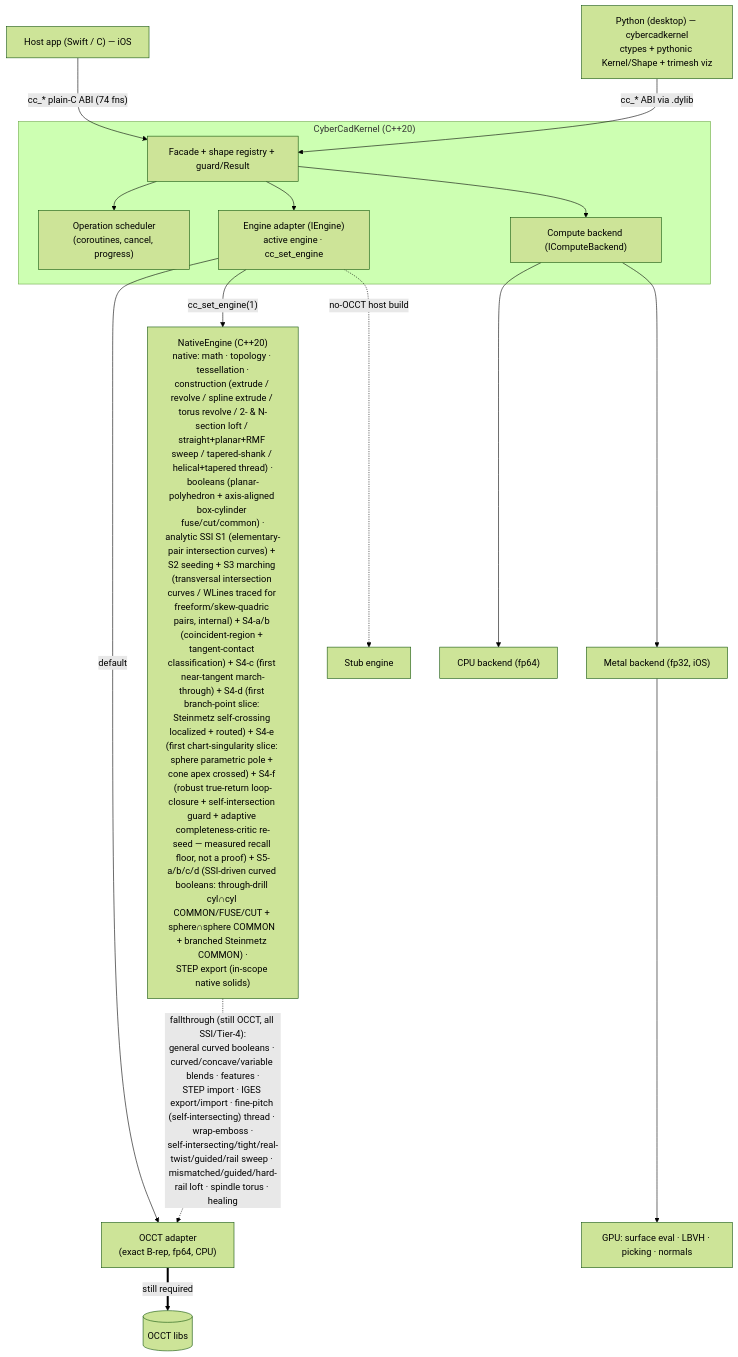
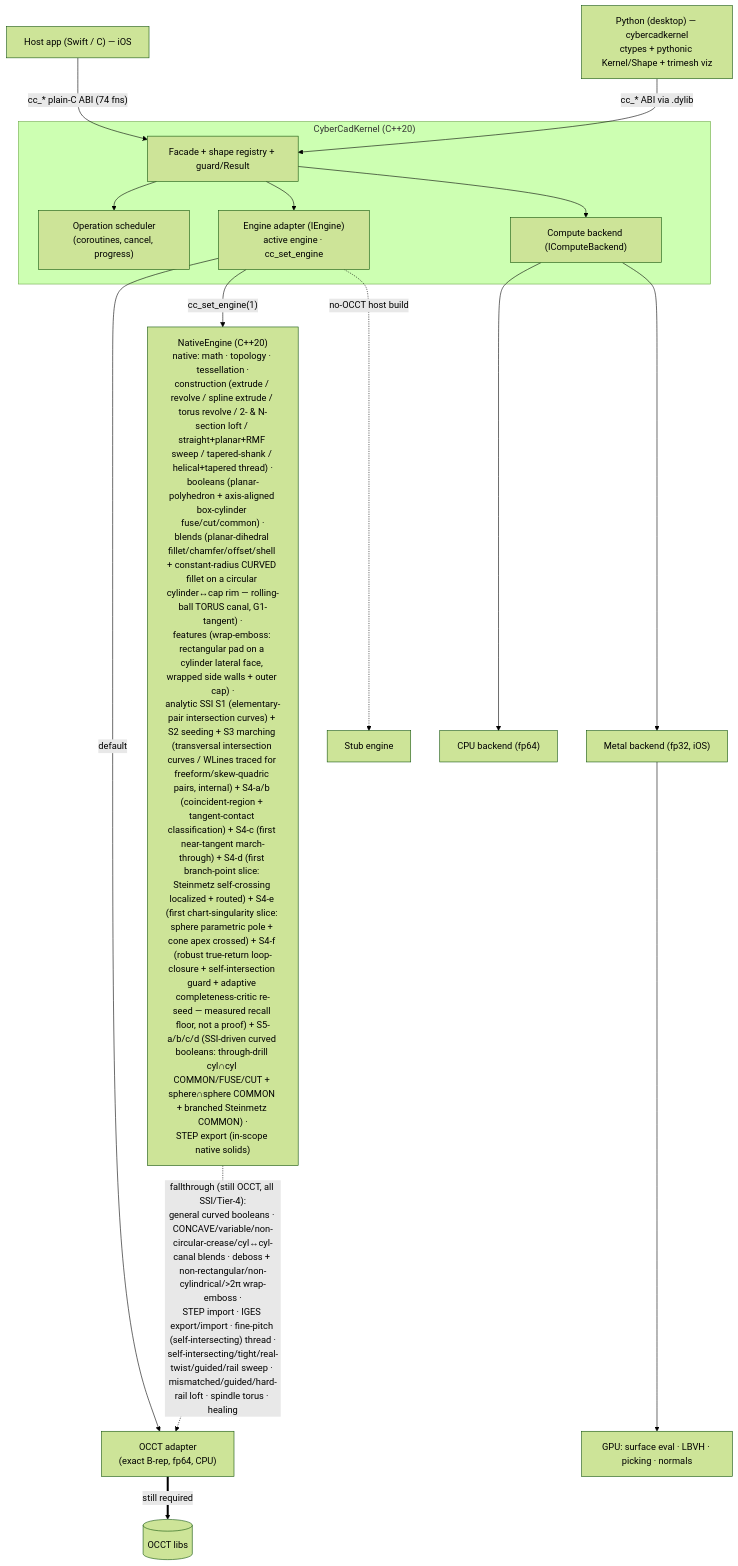
One commit to CyberdyneCorp/CyberCadKernel changed the diagram in README.md. Above: the diagram before and after it, drawn with Mermaid (forest theme). The commit also changed other lines of this file and 31 other files, not shown here.

````diff
--- a/README.md
+++ b/README.md
@@ -33,27 +33,27 @@
 ```mermaid
 flowchart TD
     App["Host app (Swift / C) — iOS"] -->|"cc_* plain-C ABI (74 fns)"| Facade
     Py["Python (desktop) — cybercadkernel<br/>ctypes + pythonic Kernel/Shape + trimesh viz"] -->|"cc_* ABI via .dylib"| Facade
 
     subgraph Kernel["CyberCadKernel (C++20)"]
         Facade["Facade + shape registry + guard/Result"]
         Sched["Operation scheduler<br/>(coroutines, cancel, progress)"]
         Engine["Engine adapter (IEngine)<br/>active engine · cc_set_engine"]
         Compute["Compute backend (IComputeBackend)"]
 
         Facade --> Sched
         Facade --> Engine
         Facade --> Compute
     end
 
     Engine -->|"default"| OCCT["OCCT adapter<br/>(exact B-rep, fp64, CPU)"]
-    Engine -->|"cc_set_engine(1)"| Native["NativeEngine (C++20)<br/>native: math · topology · tessellation ·<br/>construction (extrude / revolve / spline extrude / torus revolve / 2- &amp; N-section loft / straight+planar+RMF sweep / tapered-shank / helical+tapered thread) ·<br/>booleans (planar-polyhedron + axis-aligned box-cylinder fuse/cut/common) ·<br/>analytic SSI S1 (elementary-pair intersection curves) + S2 seeding + S3 marching (transversal intersection curves / WLines traced for freeform/skew-quadric pairs, internal) + S4-a/b (coincident-region + tangent-contact classification) + S4-c (first near-tangent march-through) + S4-d (first branch-point slice: Steinmetz self-crossing localized + routed) + S4-e (first chart-singularity slice: sphere parametric pole + cone apex crossed) + S4-f (robust true-return loop-closure + self-intersection guard + adaptive completeness-critic re-seed — measured recall floor, not a proof) + S5-a/b/c/d (SSI-driven curved booleans: through-drill cyl∩cyl COMMON/FUSE/CUT + sphere∩sphere COMMON + branched Steinmetz COMMON) ·<br/>STEP export (in-scope native solids)"]
+    Engine -->|"cc_set_engine(1)"| Native["NativeEngine (C++20)<br/>native: math · topology · tessellation ·<br/>construction (extrude / revolve / spline extrude / torus revolve / 2- &amp; N-section loft / straight+planar+RMF sweep / tapered-shank / helical+tapered thread) ·<br/>booleans (planar-polyhedron + axis-aligned box-cylinder fuse/cut/common) ·<br/>blends (planar-dihedral fillet/chamfer/offset/shell + constant-radius CURVED fillet on a circular cylinder↔cap rim — rolling-ball TORUS canal, G1-tangent) ·<br/>features (wrap-emboss: rectangular pad on a cylinder lateral face, wrapped side walls + outer cap) ·<br/>analytic SSI S1 (elementary-pair intersection curves) + S2 seeding + S3 marching (transversal intersection curves / WLines traced for freeform/skew-quadric pairs, internal) + S4-a/b (coincident-region + tangent-contact classification) + S4-c (first near-tangent march-through) + S4-d (first branch-point slice: Steinmetz self-crossing localized + routed) + S4-e (first chart-singularity slice: sphere parametric pole + cone apex crossed) + S4-f (robust true-return loop-closure + self-intersection guard + adaptive completeness-critic re-seed — measured recall floor, not a proof) + S5-a/b/c/d (SSI-driven curved booleans: through-drill cyl∩cyl COMMON/FUSE/CUT + sphere∩sphere COMMON + branched Steinmetz COMMON) ·<br/>STEP export (in-scope native solids)"]
     Engine -.->|"no-OCCT host build"| Stub["Stub engine"]
 
-    Native -.->|"fallthrough (still OCCT, all SSI/Tier-4):<br/>general curved booleans · curved/concave/variable blends · features ·<br/>STEP import · IGES export/import · fine-pitch (self-intersecting) thread · wrap-emboss ·<br/>self-intersecting/tight/real-twist/guided/rail sweep · mismatched/guided/hard-rail loft · spindle torus · healing"| OCCT
+    Native -.->|"fallthrough (still OCCT, all SSI/Tier-4):<br/>general curved booleans · CONCAVE/variable/non-circular-crease/cyl↔cyl-canal blends · deboss + non-rectangular/non-cylindrical/&gt;2π wrap-emboss ·<br/>STEP import · IGES export/import · fine-pitch (self-intersecting) thread ·<br/>self-intersecting/tight/real-twist/guided/rail sweep · mismatched/guided/hard-rail loft · spindle torus · healing"| OCCT
     OCCT ==>|"still required"| OCCTlib[("OCCT libs")]
 
     Compute --> CPUb["CPU backend (fp64)"]
     Compute --> Metal["Metal backend (fp32, iOS)"]
     Metal --> GPU["GPU: surface eval · LBVH · picking · normals"]
 ```
````
